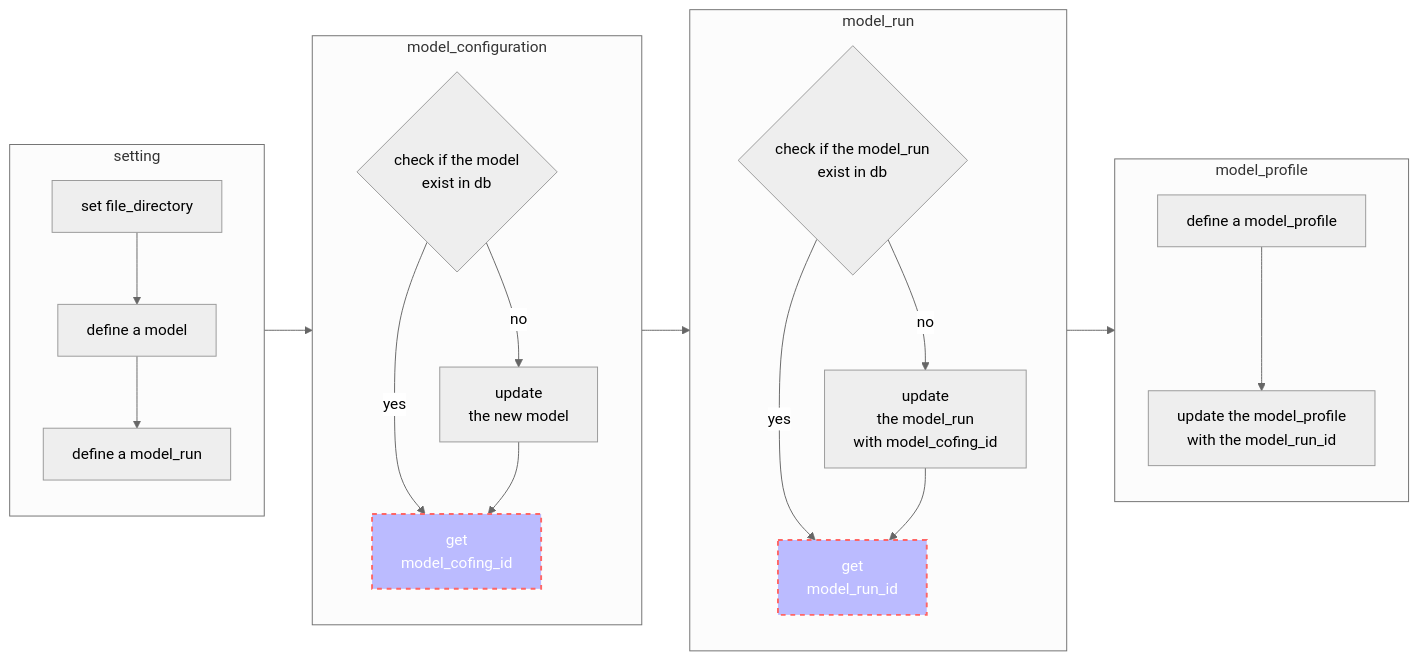
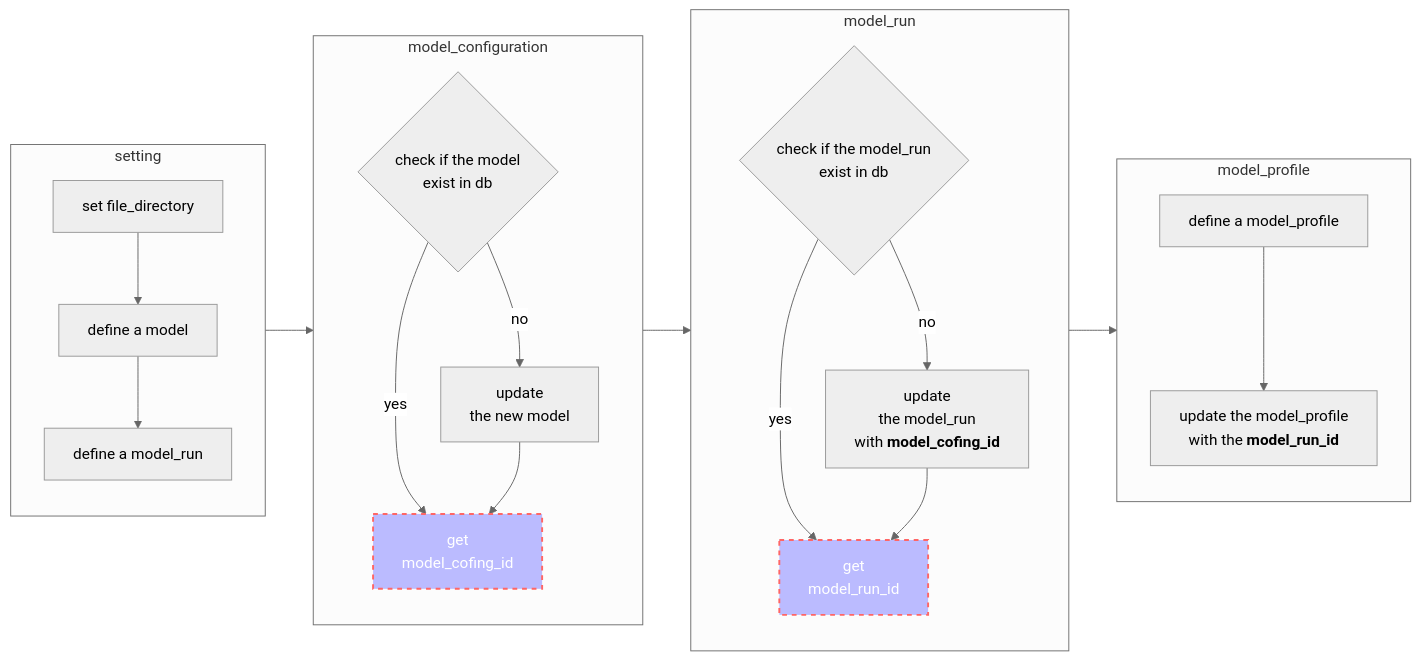
The first of 2 diagrams in UML.md (km1729/lfric-test-env), drawn with Mermaid before and after one commit. The commit also changed other lines of this file and 4 other files, not shown here.

````diff
--- a/UML.md
+++ b/UML.md
@@ -4,33 +4,33 @@
 ```mermaid
 flowchart LR
 %%{init: {'theme': 'neutral' } }%%  
     subgraph 1[setting]
         11[set file_directory] --> 12[define a model]
         12 --> 13[define a model_run]
     end
 
     subgraph 2[model_configuration]
         model_config{check if the model<br/> exist in db}
         model_config -->|yes| db_id[get<br/>model_cofing_id]  
         model_config -->|no| db_add[update <br/> the new model]
         db_add --> db_id
     end    
 
     subgraph 3[model_run]
         model_run{check if the model_run<br/> exist in db}
         model_run --> |yes|db_id2[get<br/>model_run_id]  
-        model_run --> |no| db_add2[update <br/>the model_run <br/>with model_cofing_id]
+        model_run --> |no| db_add2[update <br/>the model_run <br/>with<b> model_cofing_id</b>]
         db_add2 --> db_id2
     end
 
     subgraph 4[model_profile]
         41[define a model_profile]
-        42[update the model_profile <br/> with the model_run_id]
+        42[update the model_profile <br/> with the <b>model_run_id</b>]
         41--->42  
     end
     1 --> 2-->3-->4
 
     style db_id fill:#bbf,stroke:#f66,stroke-width:2px,color:#fff,stroke-dasharray: 5 5    
     style db_id2 fill:#bbf,stroke:#f66,stroke-width:2px,color:#fff,stroke-dasharray: 5 5
 
 ```
````
